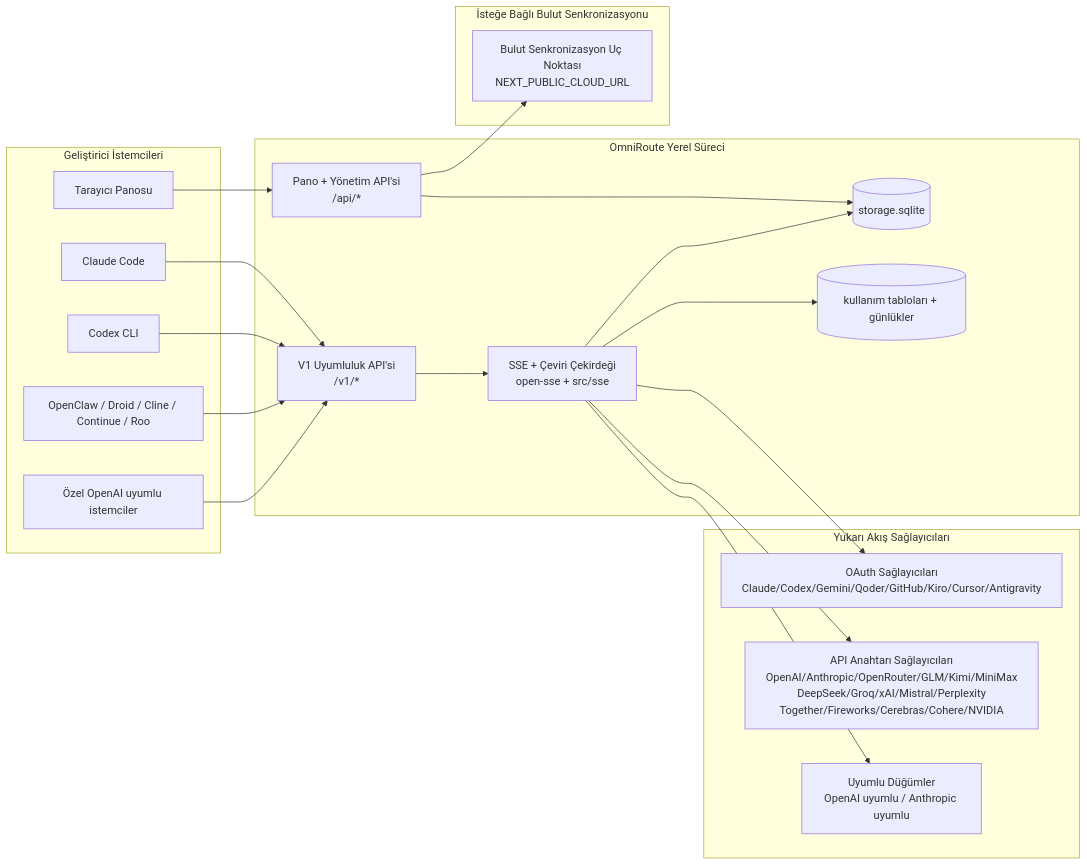
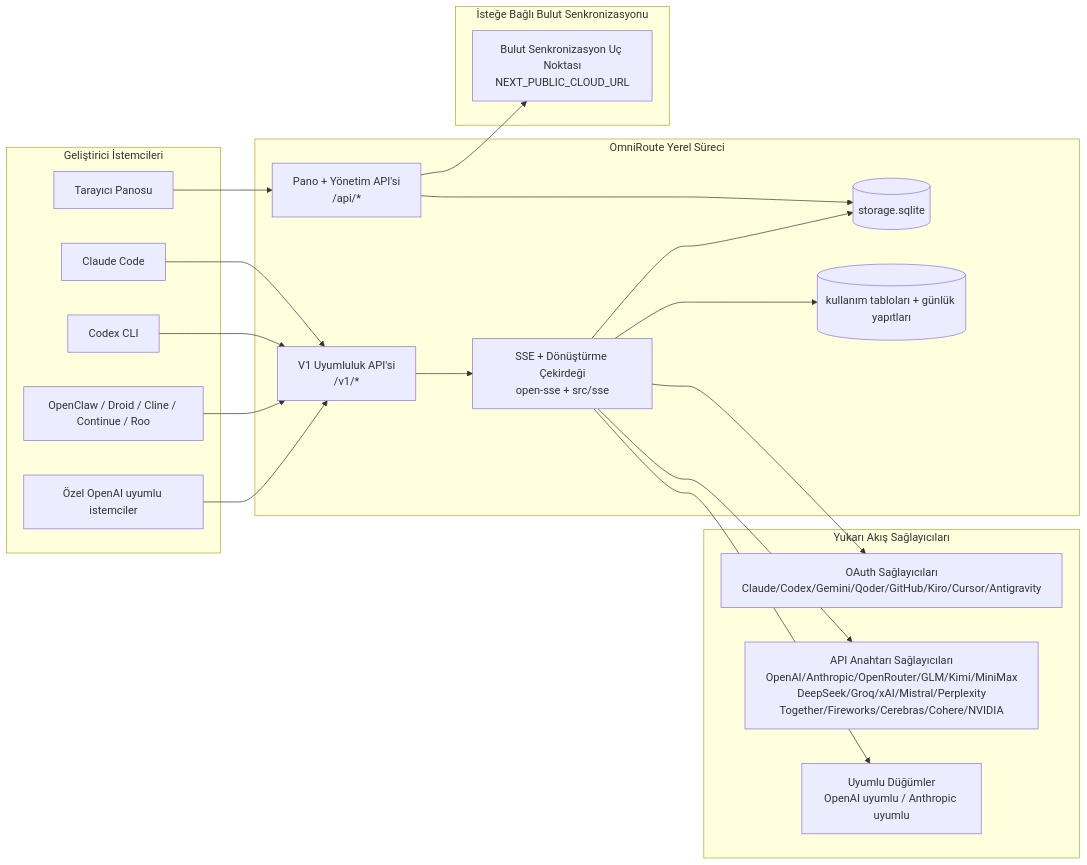
One commit to Abhijeet1520/OmniRoute changed the first of 7 diagrams in docs/i18n/tr/docs/architecture/ARCHITECTURE.md. Above: the diagram before and after it, drawn with Mermaid. The commit also changed other lines of this file and 1154 other files, not shown here.

````diff
--- a/docs/i18n/tr/docs/architecture/ARCHITECTURE.md
+++ b/docs/i18n/tr/docs/architecture/ARCHITECTURE.md
@@ -164,45 +157,45 @@
 ```mermaid
 flowchart LR
     subgraph Clients[Geliştirici İstemcileri]
         C1[Claude Code]
         C2[Codex CLI]
         C3[OpenClaw / Droid / Cline / Continue / Roo]
         C4[Özel OpenAI uyumlu istemciler]
         BROWSER[Tarayıcı Panosu]
     end
 
     subgraph Router[OmniRoute Yerel Süreci]
         API[V1 Uyumluluk API'si\n/v1/*]
         DASH[Pano + Yönetim API'si\n/api/*]
-        CORE[SSE + Çeviri Çekirdeği\nopen-sse + src/sse]
+        CORE[SSE + Dönüştürme Çekirdeği\nopen-sse + src/sse]
         DB[(storage.sqlite)]
-        UDB[(kullanım tabloları + günlükler)]
+        UDB[(kullanım tabloları + günlük yapıtları)]
     end
 
     subgraph Upstreams[Yukarı Akış Sağlayıcıları]
         P1[OAuth Sağlayıcıları\nClaude/Codex/Gemini/Qoder/GitHub/Kiro/Cursor/Antigravity]
         P2[API Anahtarı Sağlayıcıları\nOpenAI/Anthropic/OpenRouter/GLM/Kimi/MiniMax\nDeepSeek/Groq/xAI/Mistral/Perplexity\nTogether/Fireworks/Cerebras/Cohere/NVIDIA]
         P3[Uyumlu Düğümler\nOpenAI uyumlu / Anthropic uyumlu]
     end
 
     subgraph Cloud[İsteğe Bağlı Bulut Senkronizasyonu]
         CLOUD[Bulut Senkronizasyon Uç Noktası\nNEXT_PUBLIC_CLOUD_URL]
     end
 
     C1 --> API
     C2 --> API
     C3 --> API
     C4 --> API
     BROWSER --> DASH
 
     API --> CORE
     DASH --> DB
     CORE --> DB
     CORE --> UDB
 
     CORE --> P1
     CORE --> P2
     CORE --> P3
 
     DASH --> CLOUD
 ```
````
